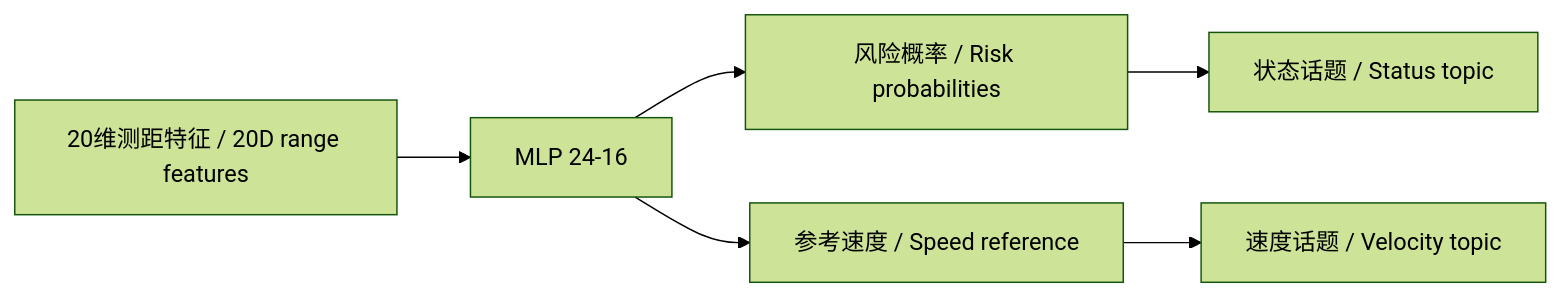
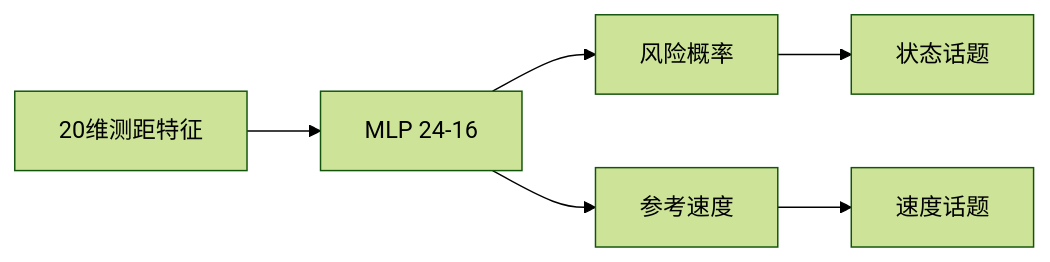
The second of 2 diagrams in docs/air/mujoco_warehouse_uav_collision_braking.md (OpenHUTB/ros2), drawn with Mermaid (forest theme) before and after one commit. The commit also changed other lines of this file and 2 other files, not shown here.

````diff
--- a/docs/air/mujoco_warehouse_uav_collision_braking.md
+++ b/docs/air/mujoco_warehouse_uav_collision_braking.md
@@ -117,8 +99,8 @@
 ```mermaid
 flowchart LR
-    A[20维测距特征 / 20D range features] --> B[MLP 24-16]
-    B --> C[风险概率 / Risk probabilities]
-    B --> D[参考速度 / Speed reference]
-    C --> E[状态话题 / Status topic]
-    D --> F[速度话题 / Velocity topic]
+    A[20维测距特征] --> B[MLP 24-16]
+    B --> C[风险概率]
+    B --> D[参考速度]
+    C --> E[状态话题]
+    D --> F[速度话题]
 ```
````
